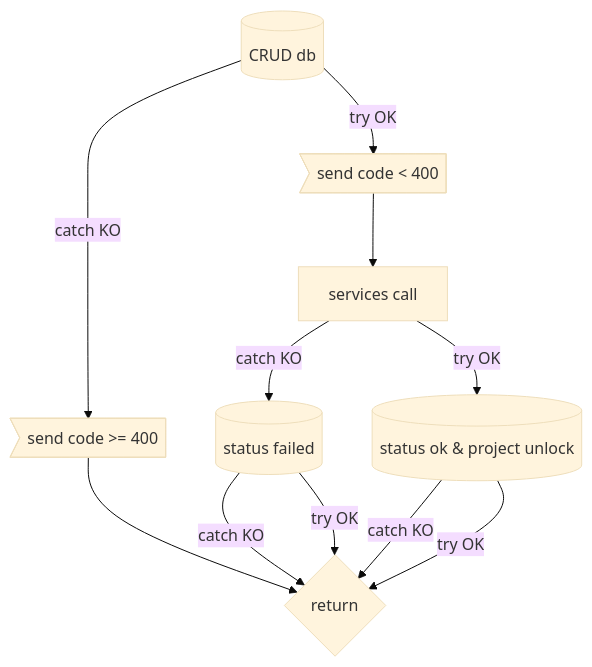
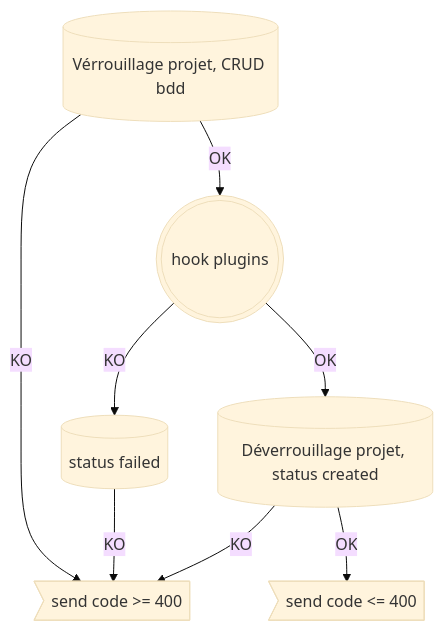
Before and after one commit to cloud-pi-native/console: the diagram in misc/controllers.md, drawn with Mermaid (base theme). The commit also changed 16 other files, not shown here.

````diff
--- a/misc/controllers.md
+++ b/misc/controllers.md
@@ -3,14 +3,11 @@
 ```mermaid
 flowchart TD
-    A[(CRUD db)]
-    A -->|catch KO| B>send code >= 400]
-    B --> G{return}
-    A -->|try OK| C>send code < 400]
-    C --> D[services call]
-    D -->|catch KO| E[(status failed)]
-    E -->|catch KO| G
-    E -->|try OK| G
-    D -->|try OK| F[(status ok & project unlock)]
-    F -->|catch KO| G
-    F -->|try OK| G
+    A[(Vérrouillage projet, CRUD bdd)]
+    A -->|KO| B>send code >= 400]
+    A -->|OK| D(((hook plugins)))
+    D -->|KO| E[(status failed)]
+    E -->|KO| B
+    D -->|OK| F[(Déverrouillage projet, status created)]
+    F -->|OK| G>send code <= 400]
+    F -->|KO| B
 ```
````
